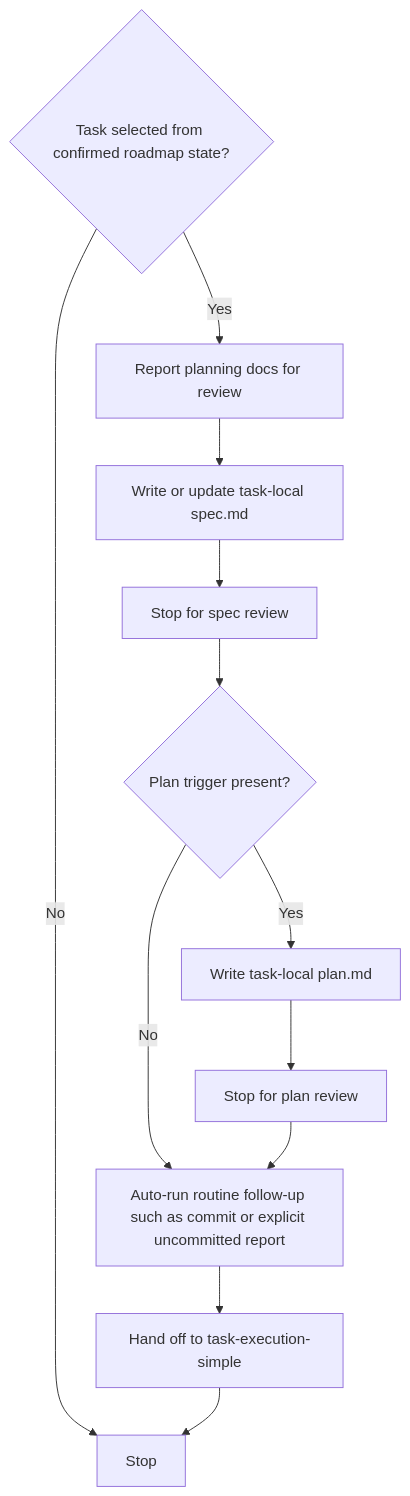
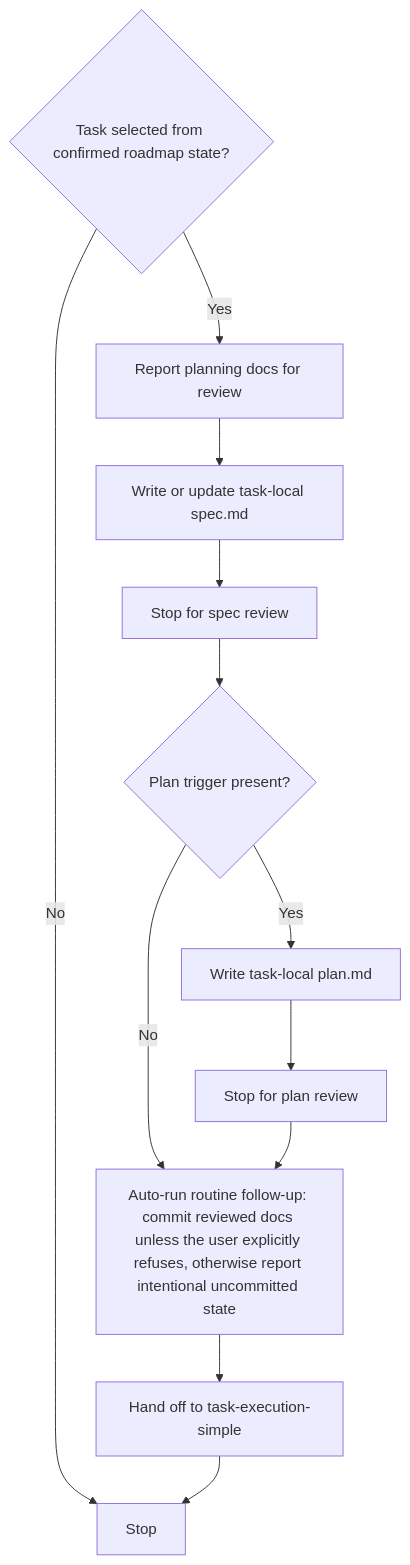
One commit to Adol1111/doc-driven-spec-workflow changed the sixth of 7 diagrams in WORKFLOW-STRUCTURE.md. Above: the diagram before and after it, drawn with Mermaid. The commit also changed other lines of this file and 6 other files, not shown here.

Commit message:
fix(workflow): default reviewed docs to commit

````diff
--- a/WORKFLOW-STRUCTURE.md
+++ b/WORKFLOW-STRUCTURE.md
@@ -220,25 +220,25 @@
 ```mermaid
 flowchart TD
     Selected{Task selected from confirmed roadmap state?}
     PlanningReview[Report planning docs for review]
     Spec[Write or update task-local spec.md]
     SpecReview[Stop for spec review]
     NeedsPlan{Plan trigger present?}
     Plan[Write task-local plan.md]
     PlanReview[Stop for plan review]
-    AutoOps[Auto-run routine follow-up such as commit or explicit uncommitted report]
+    AutoOps[Auto-run routine follow-up: commit reviewed docs unless the user explicitly refuses, otherwise report intentional uncommitted state]
     Handoff[Hand off to task-execution-simple]
     Stop[Stop]
 
     Selected -- No --> Stop
     Selected -- Yes --> PlanningReview
     PlanningReview --> Spec
     Spec --> SpecReview
     SpecReview --> NeedsPlan
     NeedsPlan -- Yes --> Plan
     NeedsPlan -- No --> AutoOps
     Plan --> PlanReview
     PlanReview --> AutoOps
     AutoOps --> Handoff
     Handoff --> Stop
 ```
````
